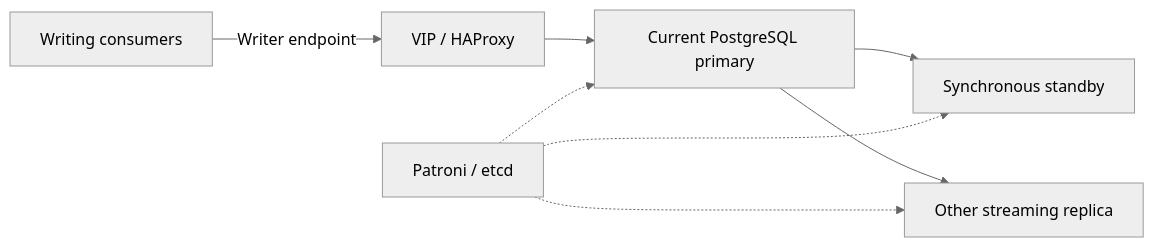
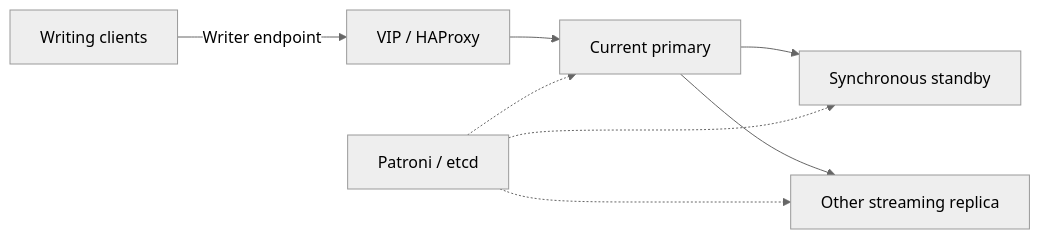
Before and after one commit to BenDManning/homelab: the diagram in docs/services/postgresql.md, drawn with Mermaid (neutral theme). The commit also changed other lines of this file and 16 other files, not shown here.

````diff
--- a/docs/services/postgresql.md
+++ b/docs/services/postgresql.md
@@ -11,10 +8,10 @@
 ```mermaid
 flowchart LR
-  W[Writing consumers] -->|Writer endpoint| H[VIP / HAProxy]
-  H --> P[Current PostgreSQL primary]
+  W[Writing clients] -->|Writer endpoint| H[VIP / HAProxy]
+  H --> P[Current primary]
   P --> S[Synchronous standby]
   P --> A[Other streaming replica]
   D[Patroni / etcd] -.-> P
   D -.-> S
   D -.-> A
 ```
````
